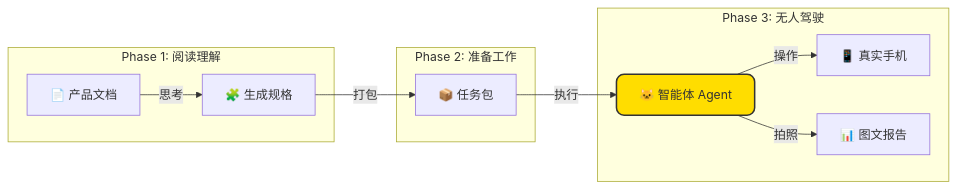
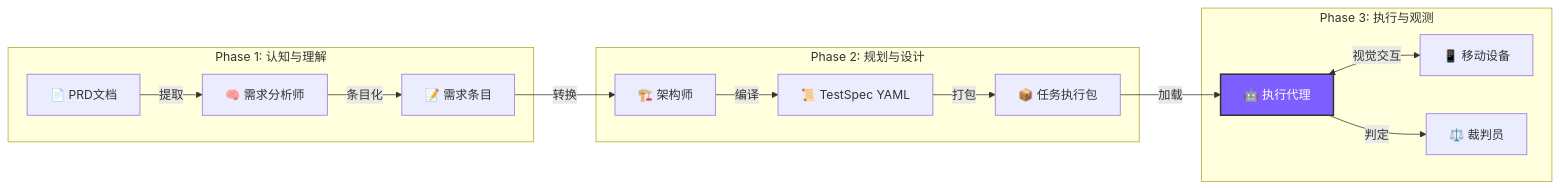
One commit to Yell0wMe/TesterAgent changed the diagram in README.md. Above: the diagram before and after it, drawn with Mermaid. The commit also changed other lines of this file and 13 other files, not shown here.

````diff
--- a/README.md
+++ b/README.md
@@ -67,18 +60,21 @@
 ```mermaid
 graph LR
-    subgraph "Phase 1: 阅读理解"
-    Doc[📄 产品文档] -->|思考| Build[🧩 生成规格]
+    subgraph "Phase 1: 认知与理解"
+    Doc[📄 PRD文档] -->|提取| Miner[🧠 需求分析师]
+    Miner -->|条目化| Reqs[📝 需求条目]
     end
 
-    subgraph "Phase 2: 准备工作"
-    Build -->|打包| Bundle[📦 任务包]
+    subgraph "Phase 2: 规划与设计"
+    Reqs -->|转换| Synthesizer[🏗️ 架构师]
+    Synthesizer -->|编译| Spec[📜 TestSpec YAML]
+    Spec -->|打包| Bundle[📦 任务执行包]
     end
 
-    subgraph "Phase 3: 无人驾驶"
-    Bundle -->|执行| Cat[🐱 智能体 Agent]
-    Cat -->|操作| Phone[📱 真实手机]
-    Cat -->|拍照| Report[📊 图文报告]
+    subgraph "Phase 3: 执行与观测"
+    Bundle -->|加载| Runner[🤖 执行代理]
+    Runner <-->|视觉交互| Phone[📱 移动设备]
+    Runner -->|判定| Judge[⚖️ 裁判员]
     end
 
-    style Cat fill:#ffdd00,stroke:#333,stroke-width:2px,rx:10,ry:10
+    style Runner fill:#7d5fff,stroke:#333,stroke-width:2px,color:white
 ```
````
